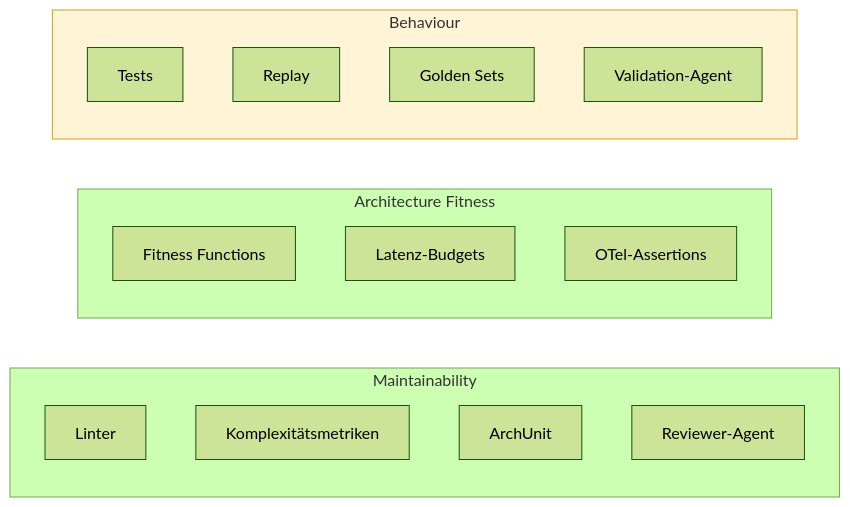
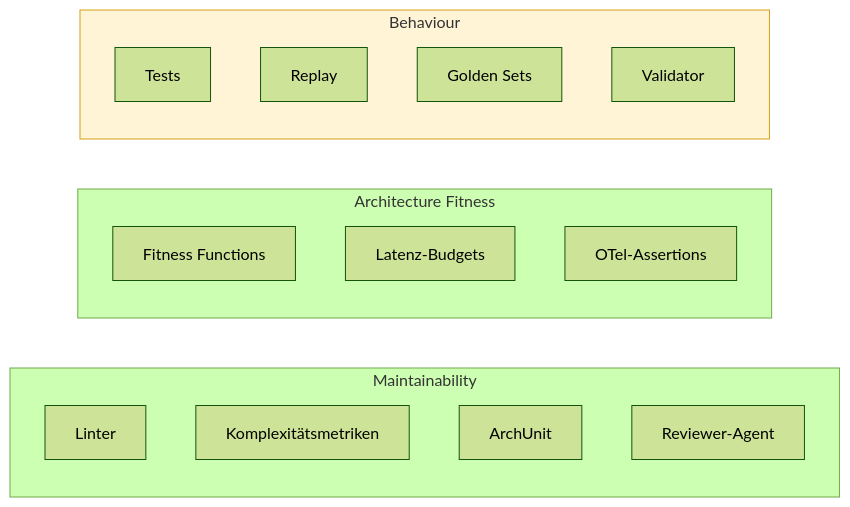
Before and after one commit to pt9912/ai-harness-course: the second of 5 diagrams in kurs/de/grundlagen/klassifikation.md, drawn with Mermaid (forest theme). The commit also changed other lines of this file and 3 other files, not shown here.

````diff
--- a/kurs/de/grundlagen/klassifikation.md
+++ b/kurs/de/grundlagen/klassifikation.md
@@ -69,21 +69,21 @@
 ```mermaid
 flowchart LR
     subgraph M["Maintainability"]
         M1[Linter]
         M2[Komplexitätsmetriken]
         M3[ArchUnit]
         M4[Reviewer-Agent]
     end
     subgraph A["Architecture Fitness"]
         A1[Fitness Functions]
         A2[Latenz-Budgets]
         A3[OTel-Assertions]
     end
     subgraph B["Behaviour"]
         B1[Tests]
         B2[Replay]
         B3[Golden Sets]
-        B4[Validation-Agent]
+        B4[Validator]
     end
     style B fill:#fff4d6,stroke:#d4a017
 ```
````
